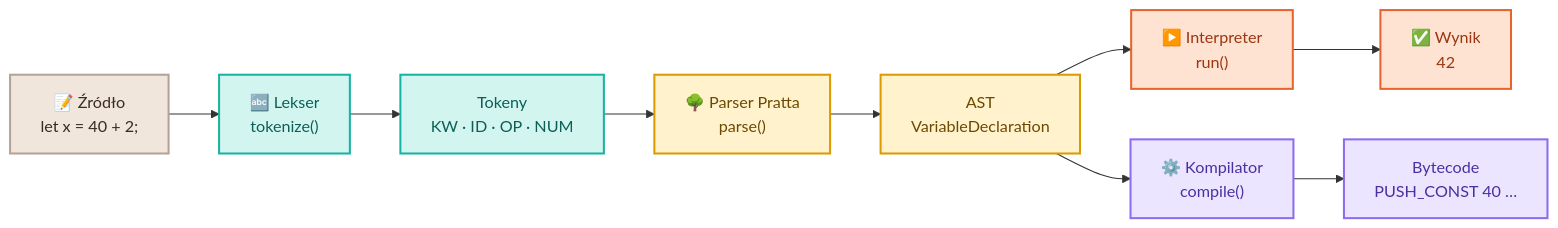
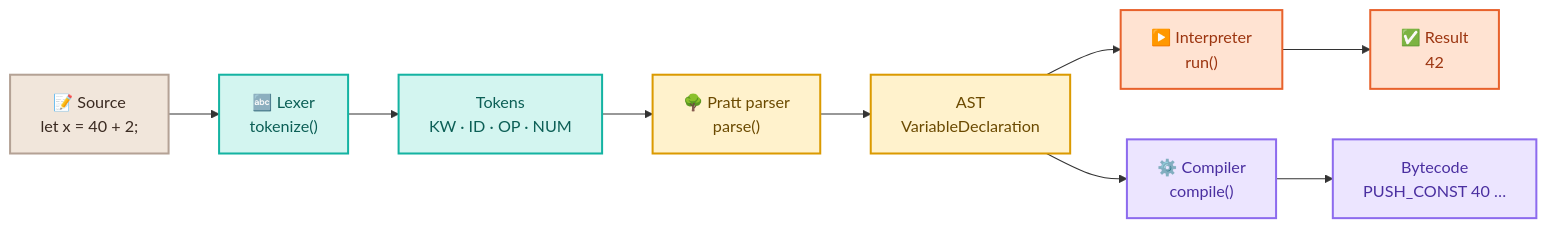
Before and after one commit to chiddekel/rudi-js: the diagram in Readme.md, drawn with Mermaid. The commit also changed other lines of this file and 1 other file, not shown here.

````diff
--- a/Readme.md
+++ b/Readme.md
@@ -87,22 +87,22 @@
 ```mermaid
 flowchart LR
-    SRC["📝 Źródło<br/>let x = 40 + 2;"] --> LEX["🔤 Lekser<br/>tokenize()"]
-    LEX --> TOK["Tokeny<br/>KW · ID · OP · NUM"]
-    TOK --> PAR["🌳 Parser Pratta<br/>parse()"]
+    SRC["📝 Source<br/>let x = 40 + 2;"] --> LEX["🔤 Lexer<br/>tokenize()"]
+    LEX --> TOK["Tokens<br/>KW · ID · OP · NUM"]
+    TOK --> PAR["🌳 Pratt parser<br/>parse()"]
     PAR --> AST["AST<br/>VariableDeclaration"]
     AST --> INT["▶️ Interpreter<br/>run()"]
-    AST --> CMP["⚙️ Kompilator<br/>compile()"]
+    AST --> CMP["⚙️ Compiler<br/>compile()"]
     CMP --> BC["Bytecode<br/>PUSH_CONST 40 …"]
-    INT --> OUT["✅ Wynik<br/>42"]
+    INT --> OUT["✅ Result<br/>42"]
 
     classDef src fill:#F1E6DB,stroke:#B4A295,stroke-width:2px,color:#3A2A21
     classDef lex fill:#D3F5F0,stroke:#14B3A2,stroke-width:2px,color:#0C5F56
     classDef par fill:#FFF2CC,stroke:#DB9A00,stroke-width:2px,color:#6B4A00
     classDef cmp fill:#ECE5FF,stroke:#8D6BEE,stroke-width:2px,color:#4A2FA0
     classDef run fill:#FFE3D2,stroke:#E8622C,stroke-width:2px,color:#9C3510
     class SRC src
     class LEX,TOK lex
     class PAR,AST par
     class CMP,BC cmp
     class INT,OUT run
 ```
````
